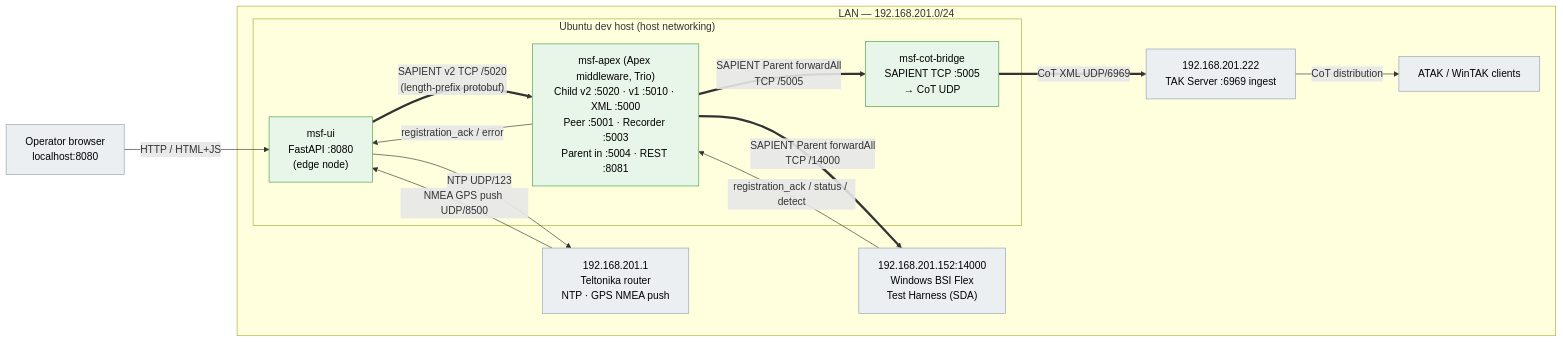
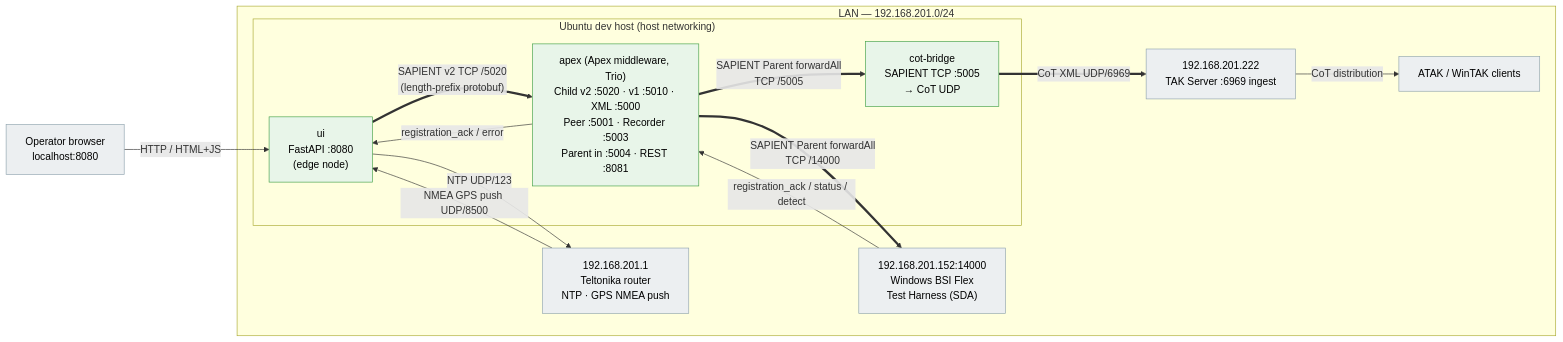
One commit to vinayakkankanwadi/multi-sensor-fusion changed the first of 12 diagrams in Architecture.md. Above: the diagram before and after it, drawn with Mermaid. The commit also changed other lines of this file and 29 other files, not shown here.

````diff
--- a/Architecture.md
+++ b/Architecture.md
@@ -54,35 +54,35 @@
 ```mermaid
 flowchart LR
     subgraph LAN["LAN — 192.168.201.0/24"]
         subgraph host["Ubuntu dev host (host networking)"]
-            UI["msf-ui<br/>FastAPI :8080<br/>(edge node)"]
-            Apex["msf-apex (Apex middleware, Trio)<br/>Child v2 :5020 · v1 :5010 · XML :5000<br/>Peer :5001 · Recorder :5003<br/>Parent in :5004 · REST :8081"]
-            CoT["msf-cot-bridge<br/>SAPIENT TCP :5005<br/>→ CoT UDP"]
+            UI["ui<br/>FastAPI :8080<br/>(edge node)"]
+            Apex["apex (Apex middleware, Trio)<br/>Child v2 :5020 · v1 :5010 · XML :5000<br/>Peer :5001 · Recorder :5003<br/>Parent in :5004 · REST :8081"]
+            CoT["cot-bridge<br/>SAPIENT TCP :5005<br/>→ CoT UDP"]
         end
         Router["192.168.201.1<br/>Teltonika router<br/>NTP · GPS NMEA push"]
         Win["192.168.201.152:14000<br/>Windows BSI Flex<br/>Test Harness (SDA)"]
         TAK["192.168.201.222<br/>TAK Server :6969 ingest"]
         ATAK["ATAK / WinTAK clients"]
     end
     Browser["Operator browser<br/>localhost:8080"]
 
     Browser -- "HTTP / HTML+JS" --> UI
 
     UI -- "NTP UDP/123" --> Router
     Router -- "NMEA GPS push UDP/8500" --> UI
 
     UI == "SAPIENT v2 TCP /5020<br/>(length-prefix protobuf)" ==> Apex
     Apex -- "registration_ack / error" --> UI
 
     Apex == "SAPIENT Parent forwardAll<br/>TCP /14000" ==> Win
     Win -- "registration_ack / status / detect" --> Apex
     Apex == "SAPIENT Parent forwardAll<br/>TCP /5005" ==> CoT
 
     CoT == "CoT XML UDP/6969" ==> TAK
     TAK -- "CoT distribution" --> ATAK
 
     classDef live fill:#e8f5e9,stroke:#43a047,color:#000;
     classDef ext  fill:#eceff1,stroke:#90a4ae,color:#000;
     class UI,Apex,CoT live;
     class Router,Win,TAK,ATAK,Browser ext;
 ```
````
